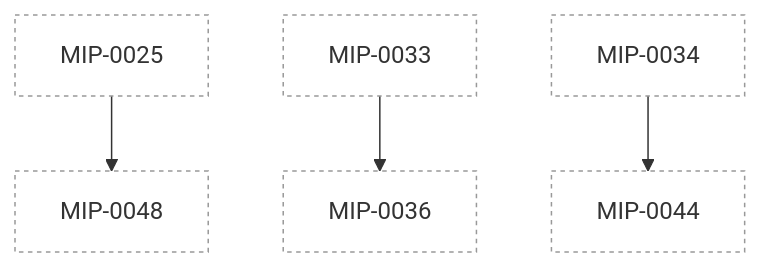
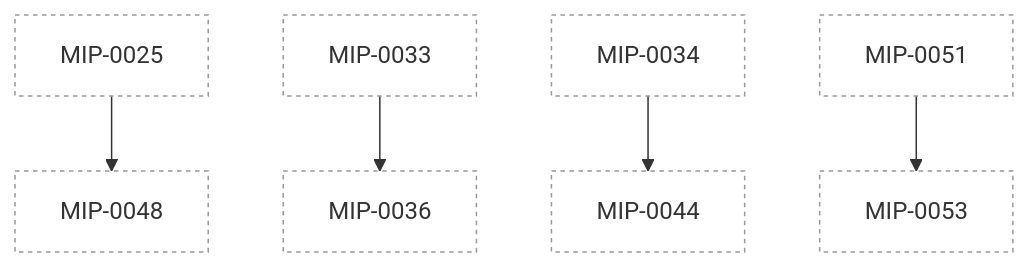
Before and after one commit to h0ffmann/marola: the diagram in docs/mips/README.md, drawn with Mermaid. The commit also changed other lines of this file and 1 other file, not shown here.

First paragraph of the commit message:
MIP-0053: learn the correction instead of computing it (#338)
The question was whether a GPU model -- XGBoost, a DNN, a transformer --
competes with WAVEWATCH III. Researching it produced a better question, and the
MIP is written around that instead.

````diff
--- a/docs/mips/README.md
+++ b/docs/mips/README.md
@@ -73,16 +74,19 @@
 ```mermaid
 flowchart TD
   classDef draft fill:#fff,stroke:#999,stroke-dasharray:3 3;
   classDef accepted fill:#eef,stroke:#36c;
   classDef implemented fill:#efe,stroke:#2a2;
   classDef rejected fill:#f8f8f8,stroke:#bbb,color:#999;
   M0025["MIP-0025"]:::draft
   M0033["MIP-0033"]:::draft
   M0034["MIP-0034"]:::draft
   M0036["MIP-0036"]:::draft
   M0044["MIP-0044"]:::draft
   M0048["MIP-0048"]:::draft
+  M0051["MIP-0051"]:::draft
+  M0053["MIP-0053"]:::draft
   M0025 --> M0048
   M0033 --> M0036
   M0034 --> M0044
+  M0051 --> M0053
 ```
````
